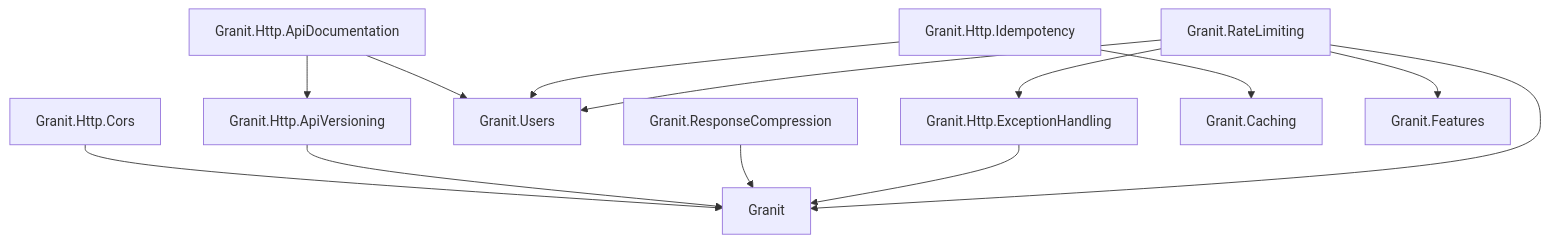
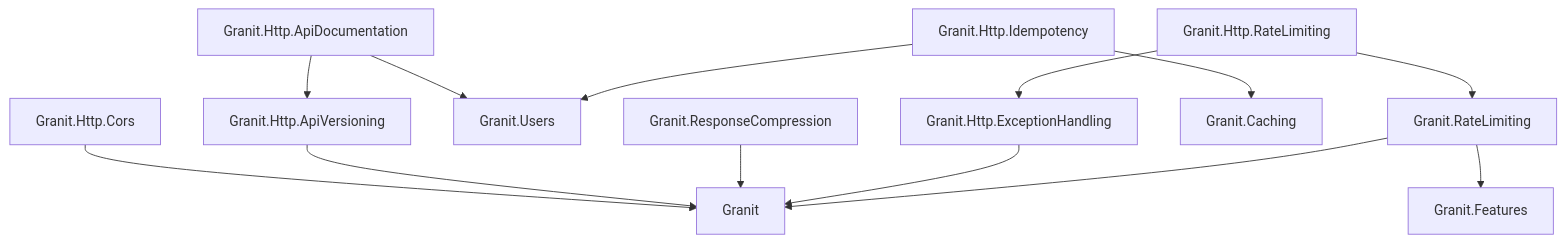
The diagram in src/content/docs/dotnet/api/index.mdx (granit-fx/granit-docs), drawn with Mermaid before and after one commit. The commit also changed other lines of this file and 8 other files, not shown here.

First line of the commit message:
docs(building-blocks): document RateLimiting & Features layer split

````diff
--- a/src/content/docs/dotnet/api/index.mdx
+++ b/src/content/docs/dotnet/api/index.mdx
@@ -49,15 +49,15 @@
 ```mermaid
 graph TD
     CORS[Granit.Http.Cors] --> CO[Granit]
     AV[Granit.Http.ApiVersioning] --> CO
     AD[Granit.Http.ApiDocumentation] --> AV
     AD --> SEC[Granit.Users]
     RC[Granit.ResponseCompression] --> CO
     EH[Granit.Http.ExceptionHandling] --> CO
     ID[Granit.Http.Idempotency] --> CA[Granit.Caching]
     ID --> SEC
     RL[Granit.RateLimiting] --> CO
-    RL --> EH
     RL --> FT[Granit.Features]
-    RL --> SEC
+    HRL[Granit.Http.RateLimiting] --> RL
+    HRL --> EH
 ```
````
